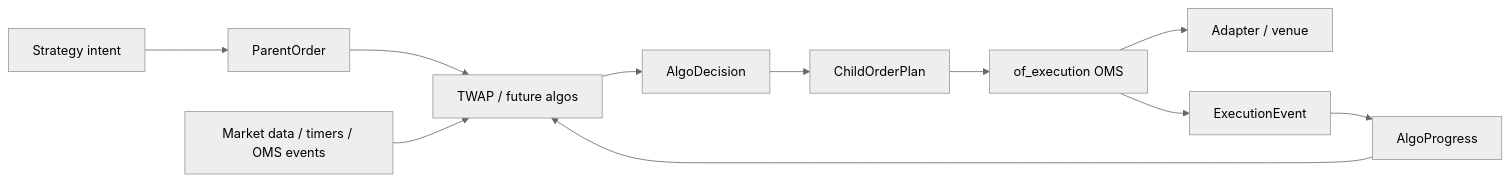
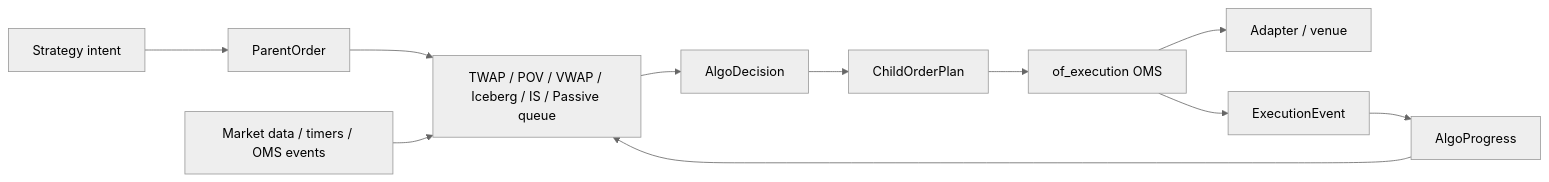
Before and after one commit to gregorian-09/orderflow: the diagram in crates/of_execution_algos/README.md, drawn with Mermaid (neutral theme). The commit also changed other lines of this file and 5 other files, not shown here.

First line of the commit message:
feat(execution-algos): add passive queue planner

````diff
--- a/crates/of_execution_algos/README.md
+++ b/crates/of_execution_algos/README.md
@@ -36,13 +38,13 @@
 ```mermaid
 flowchart LR
     Strategy[Strategy intent] --> Parent[ParentOrder]
-    Parent --> Algo[TWAP / future algos]
+    Parent --> Algo[TWAP / POV / VWAP / Iceberg / IS / Passive queue]
     Market[Market data / timers / OMS events] --> Algo
     Algo --> Decision[AlgoDecision]
     Decision --> Child[ChildOrderPlan]
     Child --> OMS[of_execution OMS]
     OMS --> Venue[Adapter / venue]
     OMS --> Events[ExecutionEvent]
     Events --> Progress[AlgoProgress]
     Progress --> Algo
 ```
````
